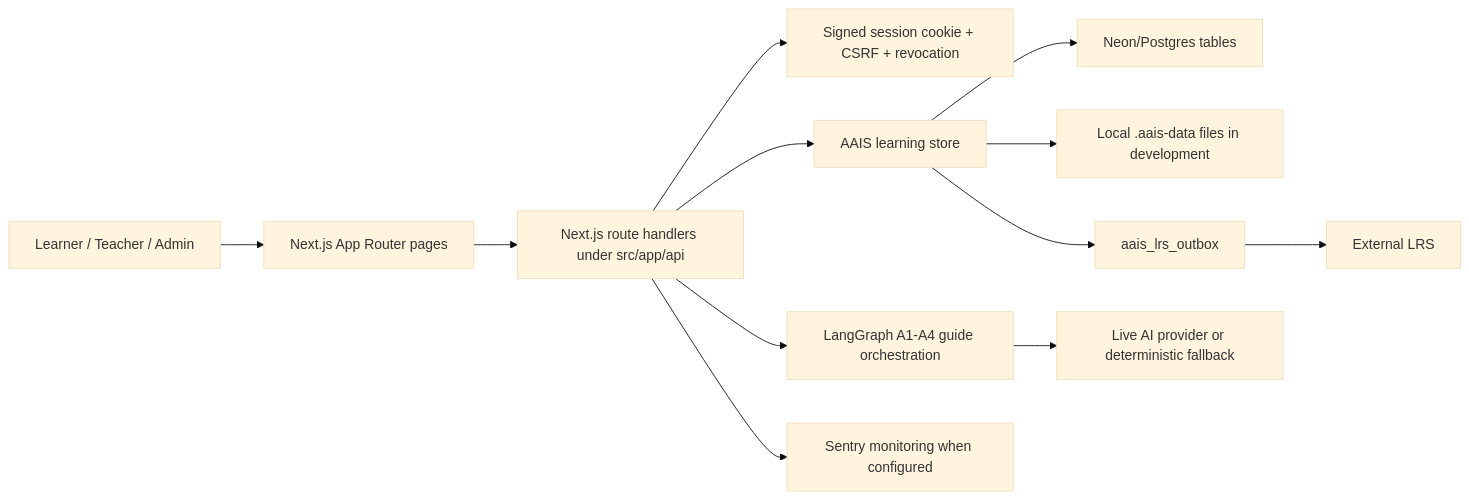
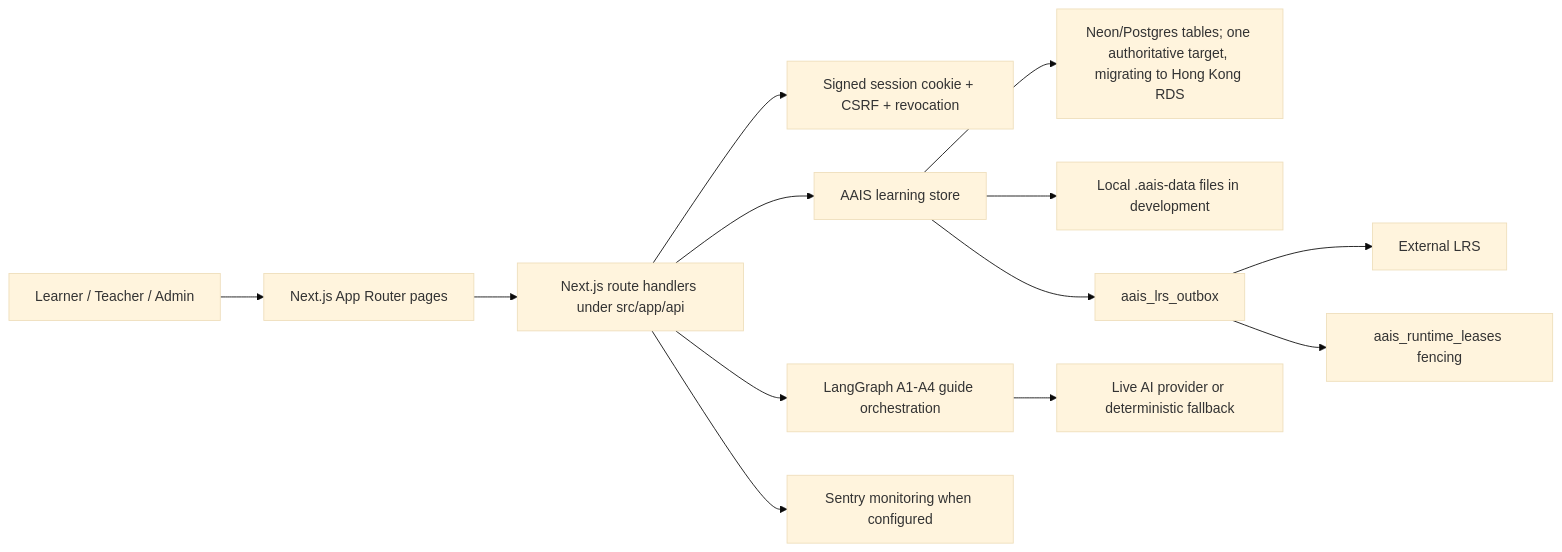
The diagram in ARCHITECTURE.md (HUDongpin/AAIS), drawn with Mermaid (base theme) before and after one commit. The commit also changed other lines of this file and 70 other files, not shown here.

````diff
--- a/ARCHITECTURE.md
+++ b/ARCHITECTURE.md
@@ -13,14 +16,15 @@
 ```mermaid
 flowchart LR
   User["Learner / Teacher / Admin"] --> Pages["Next.js App Router pages"]
   Pages --> Api["Next.js route handlers under src/app/api"]
   Api --> Auth["Signed session cookie + CSRF + revocation"]
   Api --> Store["AAIS learning store"]
-  Store --> Postgres["Neon/Postgres tables"]
+  Store --> Postgres["Neon/Postgres tables; one authoritative target, migrating to Hong Kong RDS"]
   Store --> LocalFiles["Local .aais-data files in development"]
   Store --> LrsOutbox["aais_lrs_outbox"]
   LrsOutbox --> ExternalLrs["External LRS"]
+  LrsOutbox --> Lease["aais_runtime_leases fencing"]
   Api --> GuideGraph["LangGraph A1-A4 guide orchestration"]
   GuideGraph --> Provider["Live AI provider or deterministic fallback"]
   Api --> Sentry["Sentry monitoring when configured"]
 ```
````
